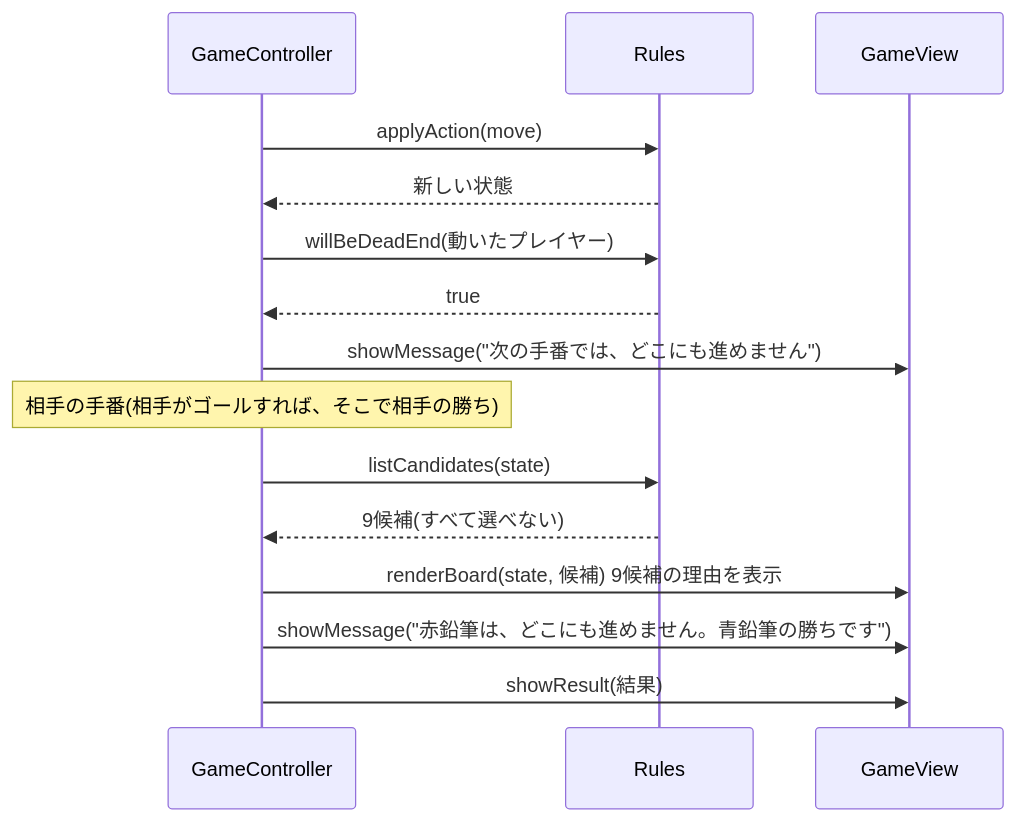
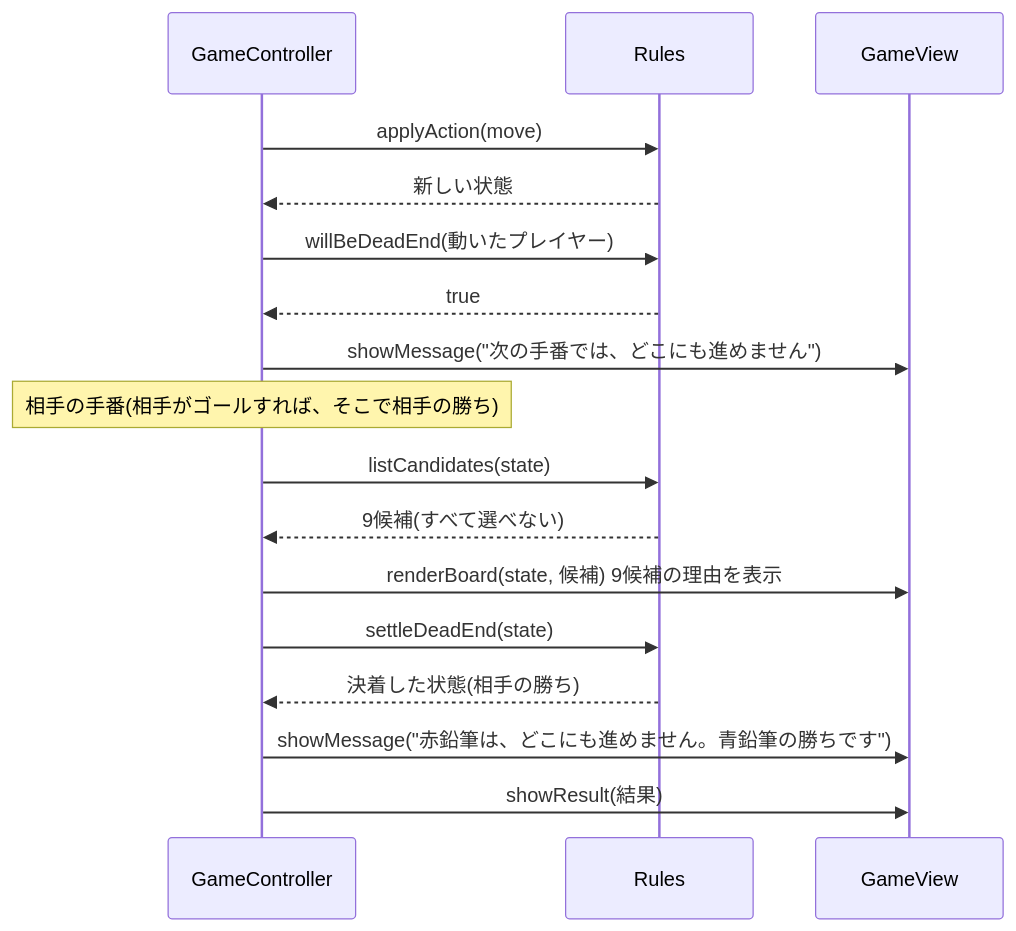
Before and after one commit to nogawa-asase/race-track: the fourth of 5 diagrams in docs/functional-design.md, drawn with Mermaid. The commit also changed other lines of this file and 15 other files, not shown here.

````diff
--- a/docs/functional-design.md
+++ b/docs/functional-design.md
@@ -619,18 +622,20 @@
 ```mermaid
 sequenceDiagram
     participant Ctrl as GameController
     participant Rules
     participant View as GameView
 
     Ctrl->>Rules: applyAction(move)
     Rules-->>Ctrl: 新しい状態
     Ctrl->>Rules: willBeDeadEnd(動いたプレイヤー)
     Rules-->>Ctrl: true
     Ctrl->>View: showMessage("次の手番では、どこにも進めません")
     Note over Ctrl: 相手の手番(相手がゴールすれば、そこで相手の勝ち)
     Ctrl->>Rules: listCandidates(state)
     Rules-->>Ctrl: 9候補(すべて選べない)
     Ctrl->>View: renderBoard(state, 候補) 9候補の理由を表示
+    Ctrl->>Rules: settleDeadEnd(state)
+    Rules-->>Ctrl: 決着した状態(相手の勝ち)
     Ctrl->>View: showMessage("赤鉛筆は、どこにも進めません。青鉛筆の勝ちです")
     Ctrl->>View: showResult(結果)
 ```
````
